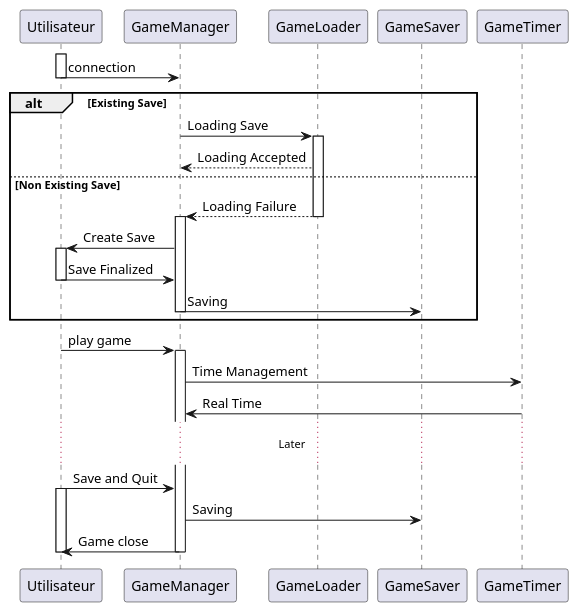
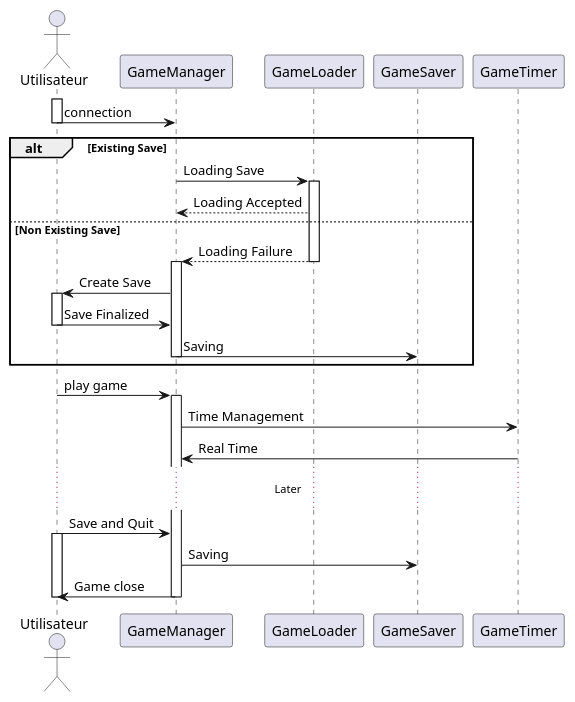
The diagram in docs/plantUML/sequence.plantuml (TheoGicquel/EggFriend), drawn with PlantUML before and after one commit. The commit also changed other lines of this file and 4 other files, not shown here.

```diff
--- a/docs/plantUML/sequence.plantuml
+++ b/docs/plantUML/sequence.plantuml
@@ -2,72 +2,74 @@
 @startuml game manager
 /' Guide : https://plantuml.com/en/sequence-diagram '/
+Actor Utilisateur
 
 activate Utilisateur
 
 Utilisateur -> GameManager : connection
 
 
 /'
 Gestion de la sauvegarde'/
 deactivate Utilisateur
 
 
 alt Existing Save
 
 GameManager -> GameLoader: Loading Save
 
 activate GameLoader
 
 GameLoader --> GameManager: Loading Accepted
 
 
 
 else Non Existing Save
 
     GameLoader --> GameManager: Loading Failure
 
     deactivate GameLoader
 
     activate GameManager
 
     GameManager -> Utilisateur : Create Save
 
     activate Utilisateur
 
     Utilisateur -> GameManager : Save Finalized
 
     deactivate Utilisateur
 
     GameManager -> GameSaver : Saving
 
     deactivate GameManager
 
 end
 
 /'
 Dans le jeu
 '/ 
 
 Utilisateur -> GameManager : play game
 
 activate GameManager
 
 GameManager -> GameTimer : Time Management
 
 GameTimer -> GameManager : Real Time
 
 ...Later...
 
 Utilisateur -> GameManager : Save and Quit
 
 activate Utilisateur
 
 GameManager -> GameSaver : Saving
 
 GameManager -> Utilisateur : Game close
 
 deactivate Utilisateur
 
-deactivate GameManager
+deactivate GameManager 
+
 
 @enduml
```
